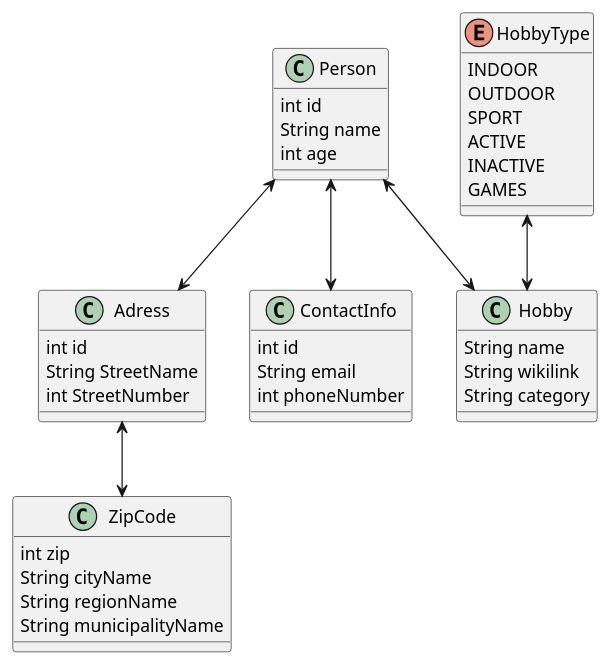
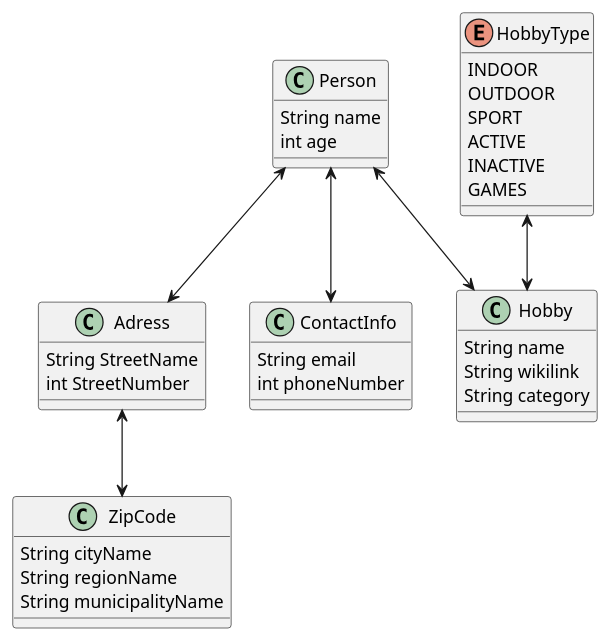
One commit to JuliusLansner/SP1-Match changed the diagram in SP1/src/main/plantuml/domain model.puml. Above: the diagram before and after it, drawn with PlantUML. The commit also changed 7 other files, not shown here.

```diff
--- a/SP1/src/main/plantuml/domain model.puml
+++ b/SP1/src/main/plantuml/domain model.puml
@@ -1,48 +1,48 @@
 @startuml
 'https://plantuml.com/class-diagram
 
 class Adress
 class Person
 class Hobby
 class ContactInfo
 class ZipCode
 enum HobbyType
 
-Person : int id
+
 Person : String name
 Person : int age
 
-Adress : int id
+
 Adress : String StreetName
 Adress : int StreetNumber
 
-ContactInfo : int id
+
 ContactInfo : String email
 ContactInfo : int phoneNumber
 
-ZipCode : int zip
+
 ZipCode : String cityName
 ZipCode : String regionName
 ZipCode : String municipalityName
 
 Hobby : String name
 Hobby : String wikilink
 Hobby : String category
 
 HobbyType : INDOOR
 HobbyType : OUTDOOR
 HobbyType : SPORT
 HobbyType : ACTIVE
 HobbyType : INACTIVE
 HobbyType : GAMES
 
 
 Person <--> ContactInfo
 Person <--> Hobby
 Person <--> Adress
 Adress <--> ZipCode
 HobbyType <--> Hobby
 
 
 
 @enduml
```
